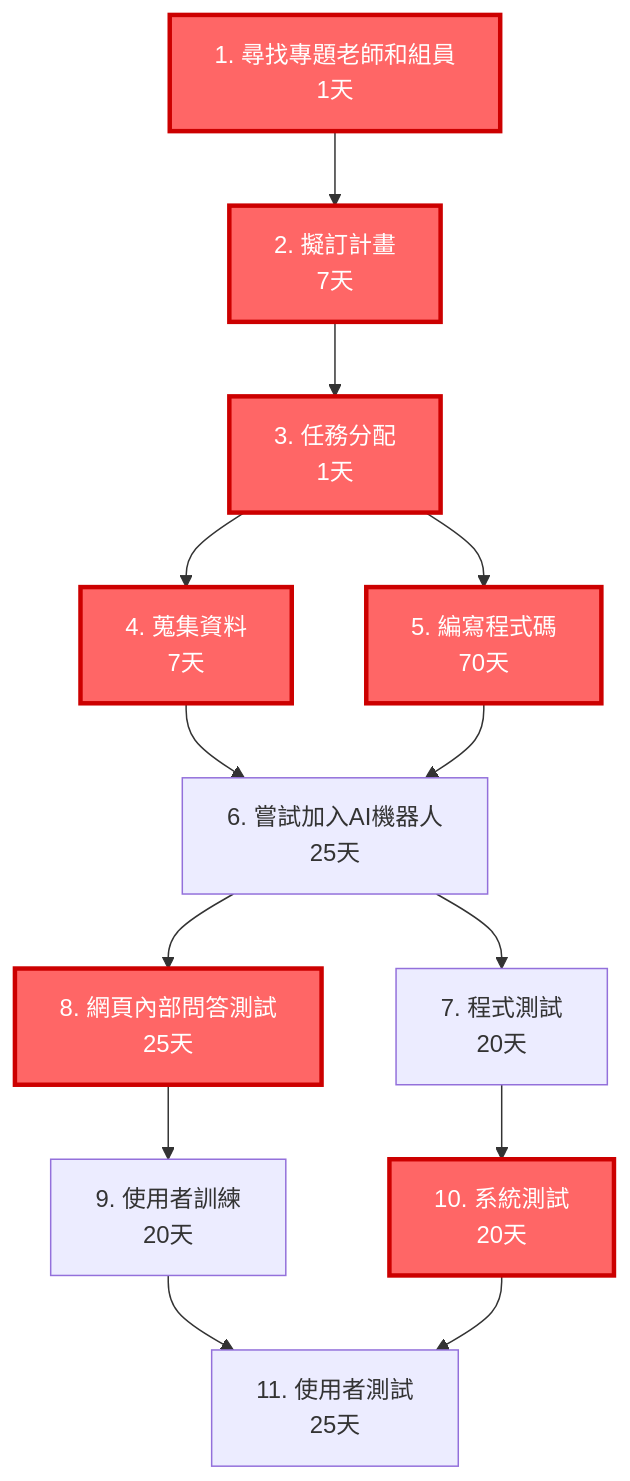
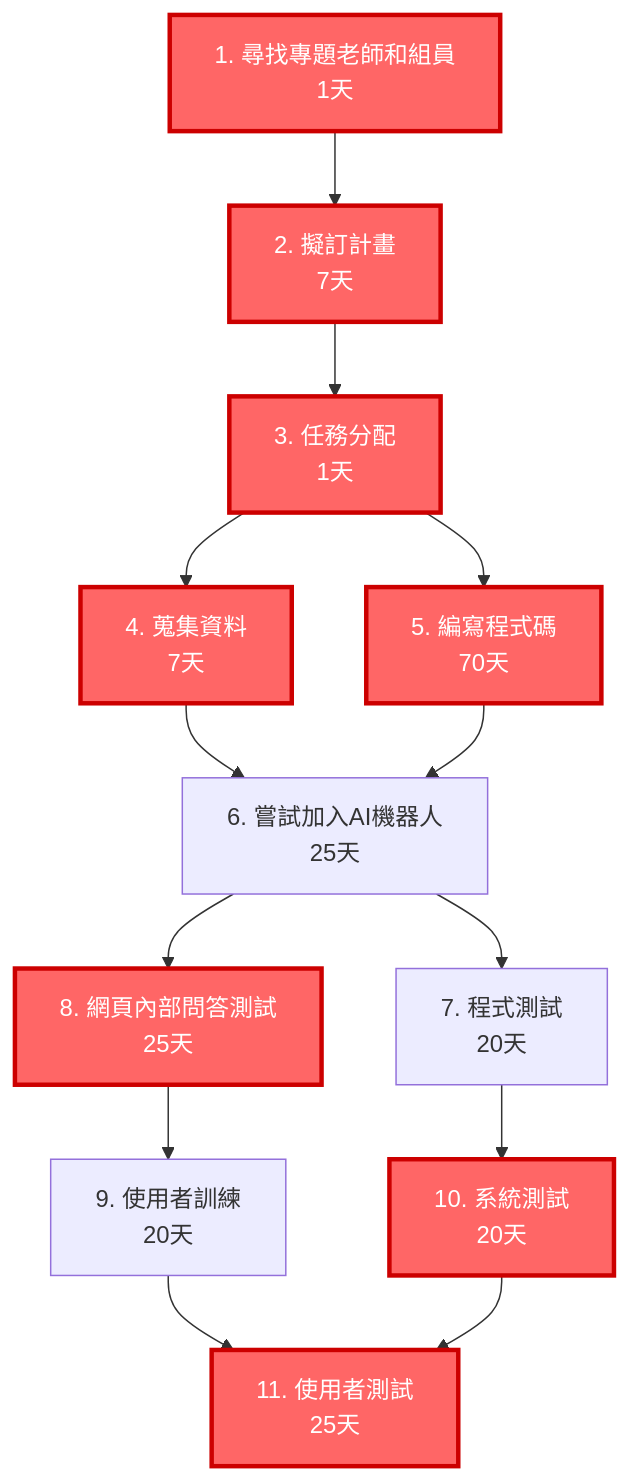
Before and after one commit to c112118202-droid/-: the first of 3 diagrams in hw2.md, drawn with Mermaid.

````diff
--- a/hw2.md
+++ b/hw2.md
@@ -8,19 +8,19 @@
 ```mermaid
 graph TD
     A[1. 尋找專題老師和組員<br/>1天] --> B[2. 擬訂計畫<br/>7天]
     B --> C[3. 任務分配<br/>1天]
     C --> D[4. 蒐集資料<br/>7天]
     C --> E[5. 編寫程式碼<br/>70天]
     D --> G
     E --> G[6. 嘗試加入AI機器人<br/>25天]
     G --> H[7. 程式測試<br/>20天]
     G --> I[8. 網頁內部問答測試<br/>25天]
     I --> J[9. 使用者訓練<br/>20天]
     H --> K[10. 系統測試<br/>20天]
     J --> L[11. 使用者測試<br/>25天]
     K --> L
     
-    class A,B,C,D,E,F,I,K critical
+    class A,B,C,D,E,F,I,K,L critical
     classDef critical fill:#ff6666,stroke:#cc0000,stroke-width:3px,color:#ffffff;
     classDef normal fill:#f0f0f0,stroke:#333,stroke-width:2px,color:#000000;
 ```
````
